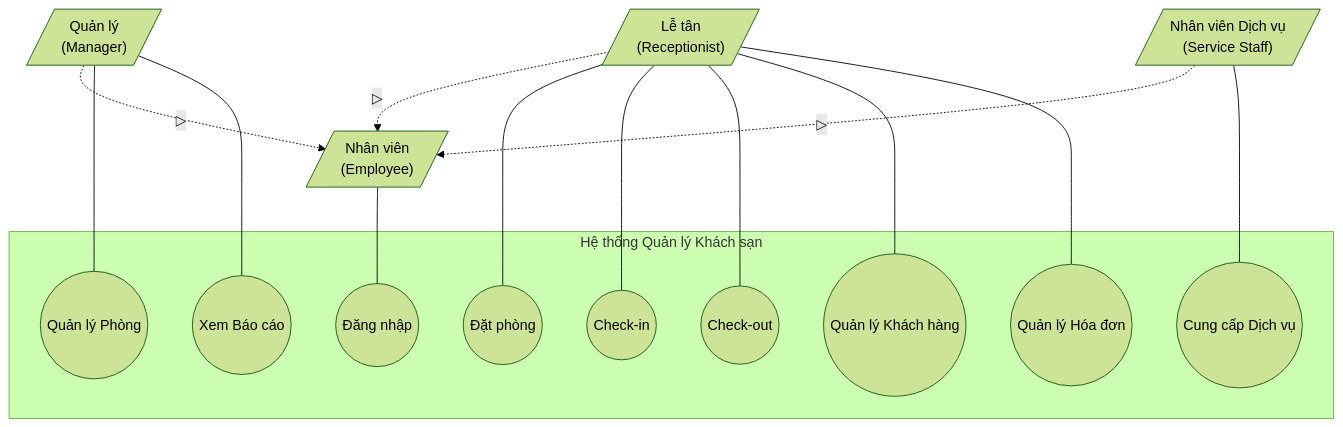
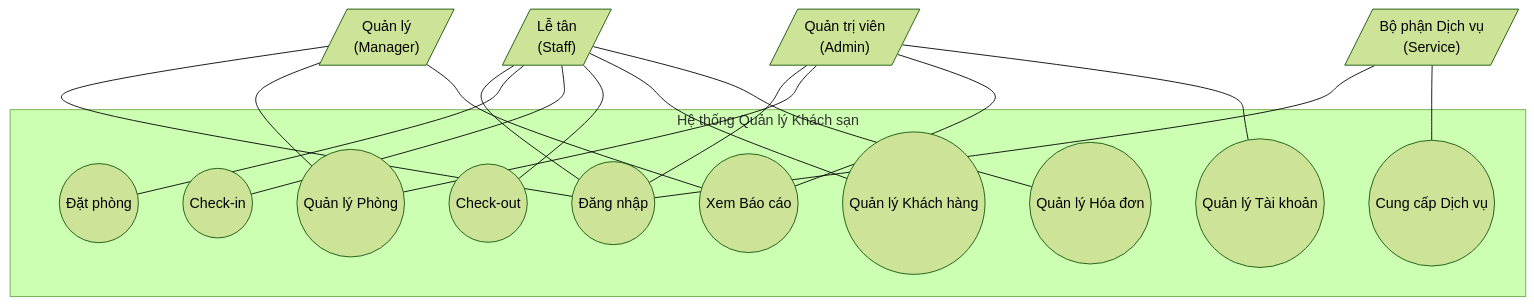
Before and after one commit to IvanLyVodka11/hotel-management: the first of 11 diagrams in docs/BaoCao_HotelManagement.md, drawn with Mermaid (forest theme). The commit also changed other lines of this file and 1 other file, not shown here.

````diff
--- a/docs/BaoCao_HotelManagement.md
+++ b/docs/BaoCao_HotelManagement.md
@@ -133,44 +117,46 @@
 ```mermaid
 flowchart TB
     subgraph System["Hệ thống Quản lý Khách sạn"]
         UC1((Đăng nhập))
         UC2((Quản lý Phòng))
         UC3((Đặt phòng))
         UC4((Check-in))
         UC5((Check-out))
         UC6((Quản lý Khách hàng))
         UC7((Quản lý Hóa đơn))
         UC8((Xem Báo cáo))
         UC9((Cung cấp Dịch vụ))
+        UC10((Quản lý Tài khoản))
     end
     
-    %% Actor cha
-    NV[/"Nhân viên<br/>(Employee)"/]
+    %% 4 Actor độc lập (theo PermissionManager.Role)
+    AD[/"Quản trị viên<br/>(Admin)"/]
+    QL[/"Quản lý<br/>(Manager)"/]
+    LT[/"Lễ tân<br/>(Staff)"/]
+    DV[/"Bộ phận Dịch vụ<br/>(Service)"/]
     
-    %% Actor con (kế thừa từ Nhân viên)
-    LT[/"Lễ tân<br/>(Receptionist)"/]
-    QL[/"Quản lý<br/>(Manager)"/]
-    NVDV[/"Nhân viên Dịch vụ<br/>(Service Staff)"/]
+    %% Tất cả Actor đều nối với Đăng nhập (không có Actor cha)
+    AD --- UC1
+    QL --- UC1
+    LT --- UC1
+    DV --- UC1
     
-    %% Generalization (Actor con kế thừa Actor cha)
-    LT -.->|▷| NV
-    QL -.->|▷| NV
-    NVDV -.->|▷| NV
+    %% Admin - full quyền
+    AD --- UC2
+    AD --- UC8
+    AD --- UC10
     
-    %% Actor cha nối với Use Case chung
-    NV --- UC1
+    %% Manager - quản lý phòng và báo cáo
+    QL --- UC2
+    QL --- UC8
     
-    %% Actor Lễ tân nối trực tiếp với các Use Case riêng (KHÔNG có flow)
+    %% Staff (Lễ tân) - nghiệp vụ đặt phòng
     LT --- UC3
     LT --- UC4
     LT --- UC5
     LT --- UC6
     LT --- UC7
     
-    %% Actor Quản lý nối trực tiếp với các Use Case riêng
-    QL --- UC2
-    QL --- UC8
-    
-    %% Actor Nhân viên Dịch vụ nối trực tiếp với các Use Case riêng
-    NVDV --- UC9
+    %% Service - dịch vụ
+    DV --- UC9
 ```
````
